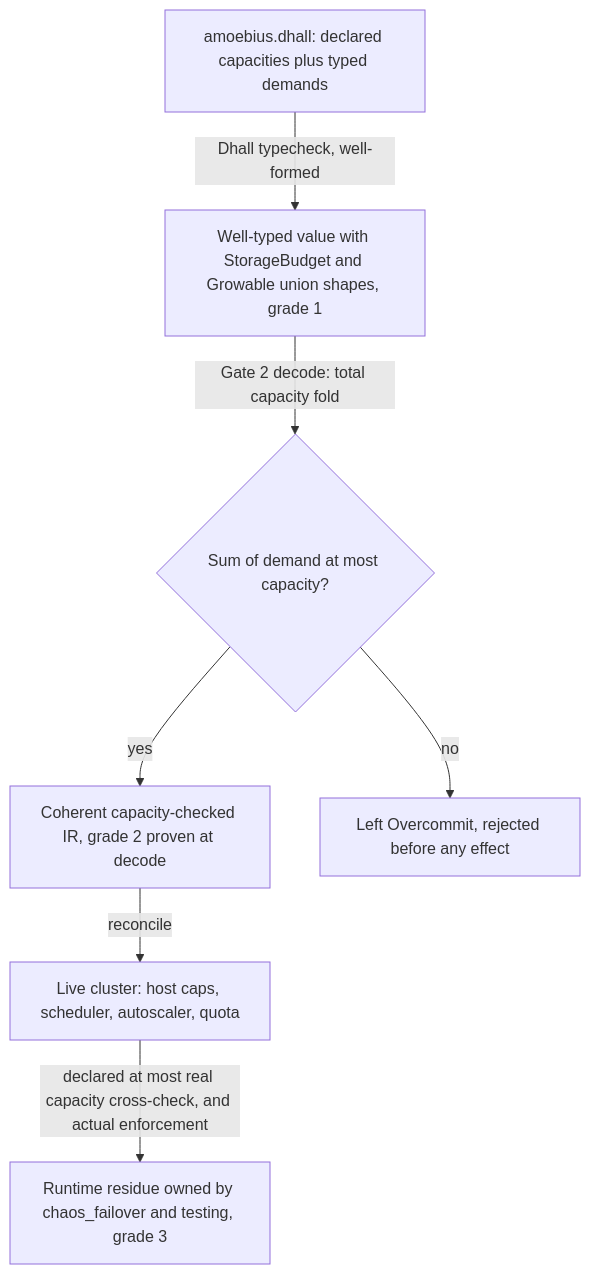
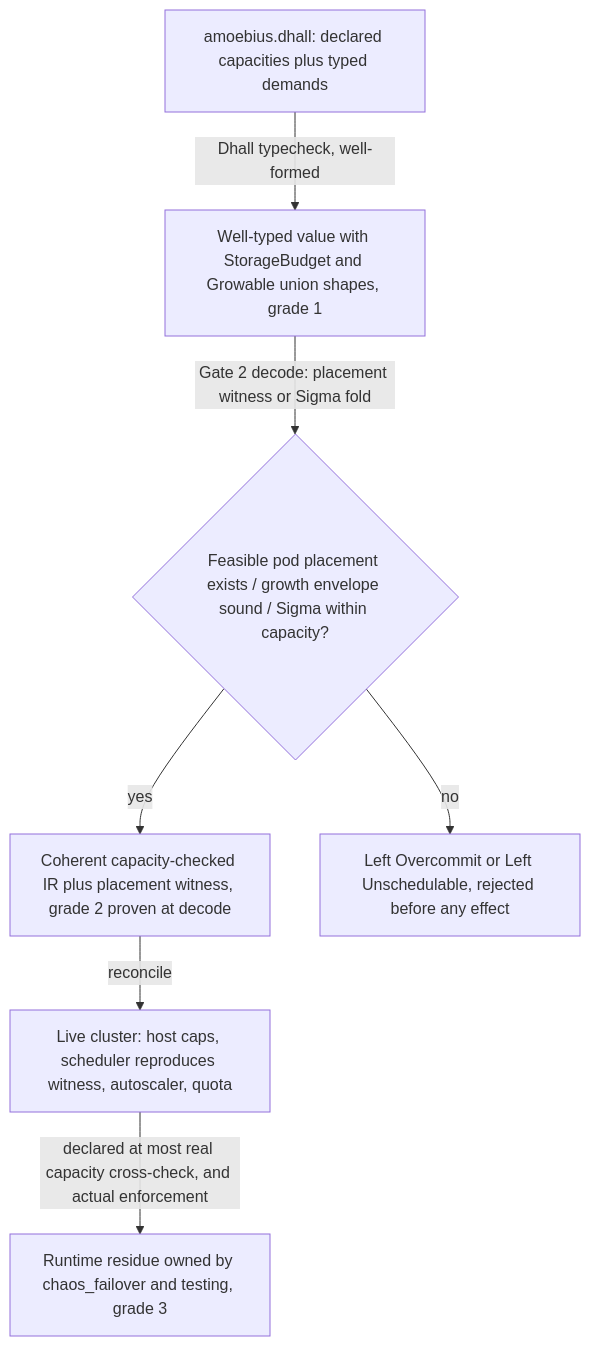
The diagram in documents/engineering/resource_capacity_doctrine.md (Tuee22/amoebius), drawn with Mermaid before and after one commit. The commit also changed other lines of this file and 8 other files, not shown here.

````diff
--- a/documents/engineering/resource_capacity_doctrine.md
+++ b/documents/engineering/resource_capacity_doctrine.md
@@ -73,9 +89,9 @@
 ```mermaid
 flowchart TD
   spec[amoebius.dhall: declared capacities plus typed demands] -->|Dhall typecheck, well-formed| typed[Well-typed value with StorageBudget and Growable union shapes, grade 1]
-  typed -->|Gate 2 decode: total capacity fold| fold{Sum of demand at most capacity?}
-  fold -->|yes| ir[Coherent capacity-checked IR, grade 2 proven at decode]
-  fold -->|no| reject[Left Overcommit, rejected before any effect]
-  ir -->|reconcile| runtime[Live cluster: host caps, scheduler, autoscaler, quota]
+  typed -->|Gate 2 decode: placement witness or Sigma fold| fold{Feasible pod placement exists / growth envelope sound / Sigma within capacity?}
+  fold -->|yes| ir[Coherent capacity-checked IR plus placement witness, grade 2 proven at decode]
+  fold -->|no| reject[Left Overcommit or Left Unschedulable, rejected before any effect]
+  ir -->|reconcile| runtime[Live cluster: host caps, scheduler reproduces witness, autoscaler, quota]
   runtime -->|declared at most real capacity cross-check, and actual enforcement| grade3[Runtime residue owned by chaos_failover and testing, grade 3]
 ```
````
